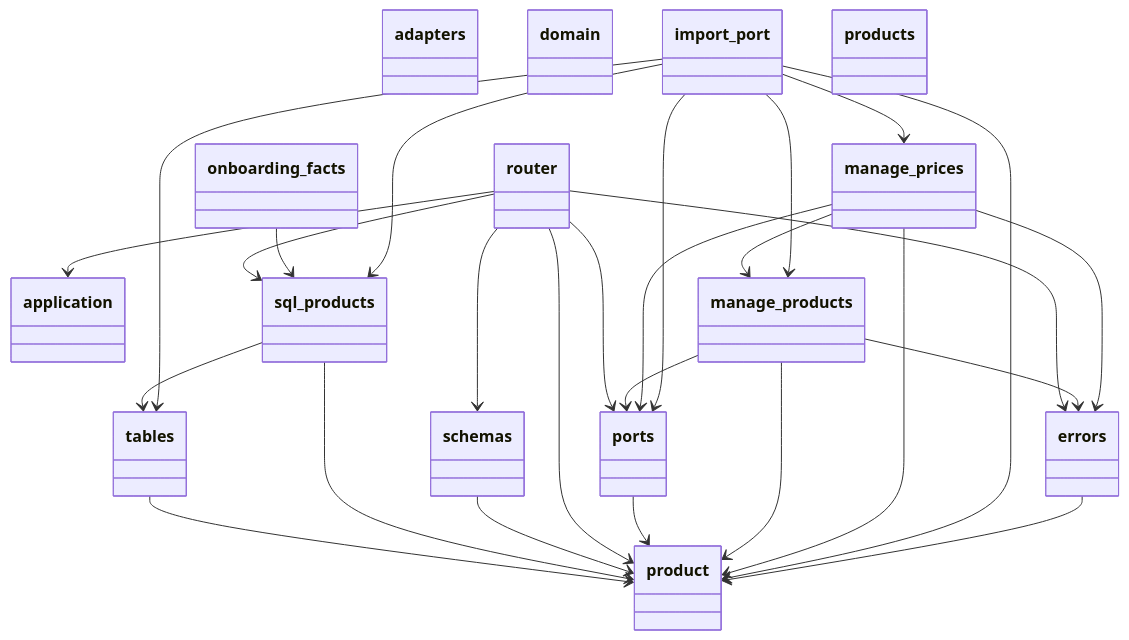
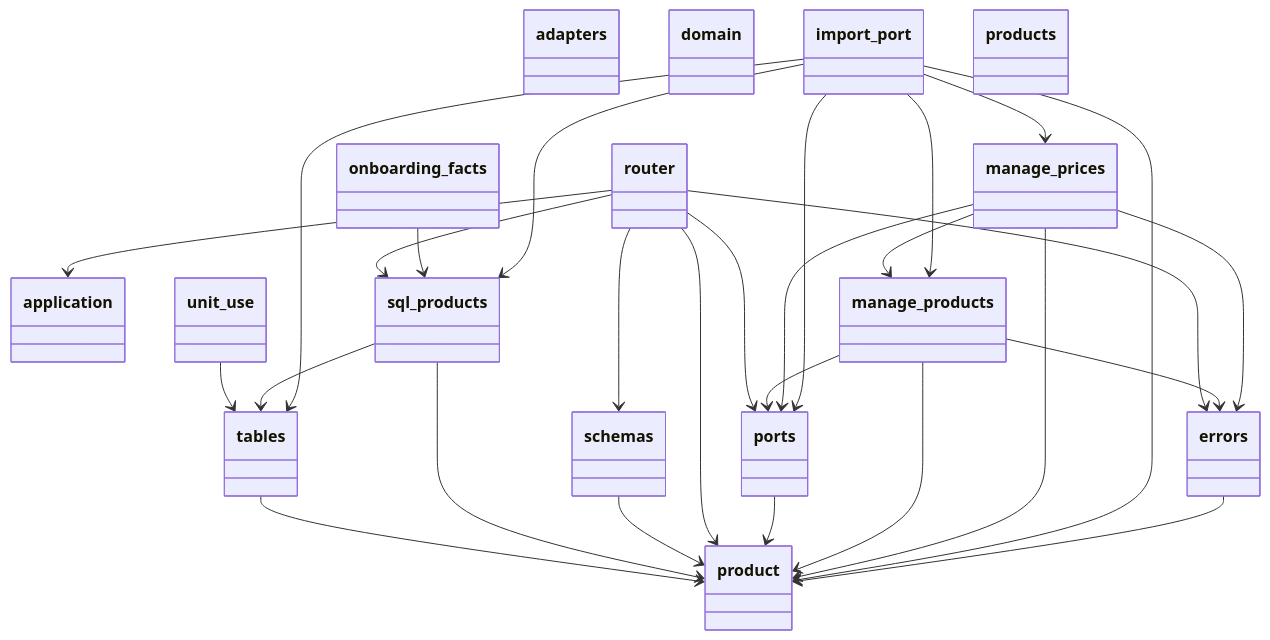
One commit to GonzaloZevallos/apostrophe changed the first of 4 diagrams in docs/architecture/generated/classes/products.md. Above: the diagram before and after it, drawn with Mermaid. The commit also changed other lines of this file and 4 other files, not shown here.

Commit message:
Regenerate the API and architecture docs for the units routes

````diff
--- a/docs/architecture/generated/classes/products.md
+++ b/docs/architecture/generated/classes/products.md
@@ -7,59 +7,62 @@
 ```mermaid
 classDiagram
   class adapters {
   }
   class application {
   }
   class domain {
   }
   class errors {
   }
   class import_port {
   }
   class manage_prices {
   }
   class manage_products {
   }
   class onboarding_facts {
   }
   class ports {
   }
   class product {
   }
   class products {
   }
   class router {
   }
   class schemas {
   }
   class sql_products {
   }
   class tables {
   }
+  class unit_use {
+  }
   errors --> product
   import_port --> manage_prices
   import_port --> manage_products
   import_port --> ports
   import_port --> product
   import_port --> sql_products
   import_port --> tables
   manage_prices --> errors
   manage_prices --> manage_products
   manage_prices --> ports
   manage_prices --> product
   manage_products --> errors
   manage_products --> ports
   manage_products --> product
   onboarding_facts --> sql_products
   ports --> product
   router --> application
   router --> errors
   router --> ports
   router --> product
   router --> schemas
   router --> sql_products
   schemas --> product
   sql_products --> product
   sql_products --> tables
   tables --> product
+  unit_use --> tables
 ```
````
